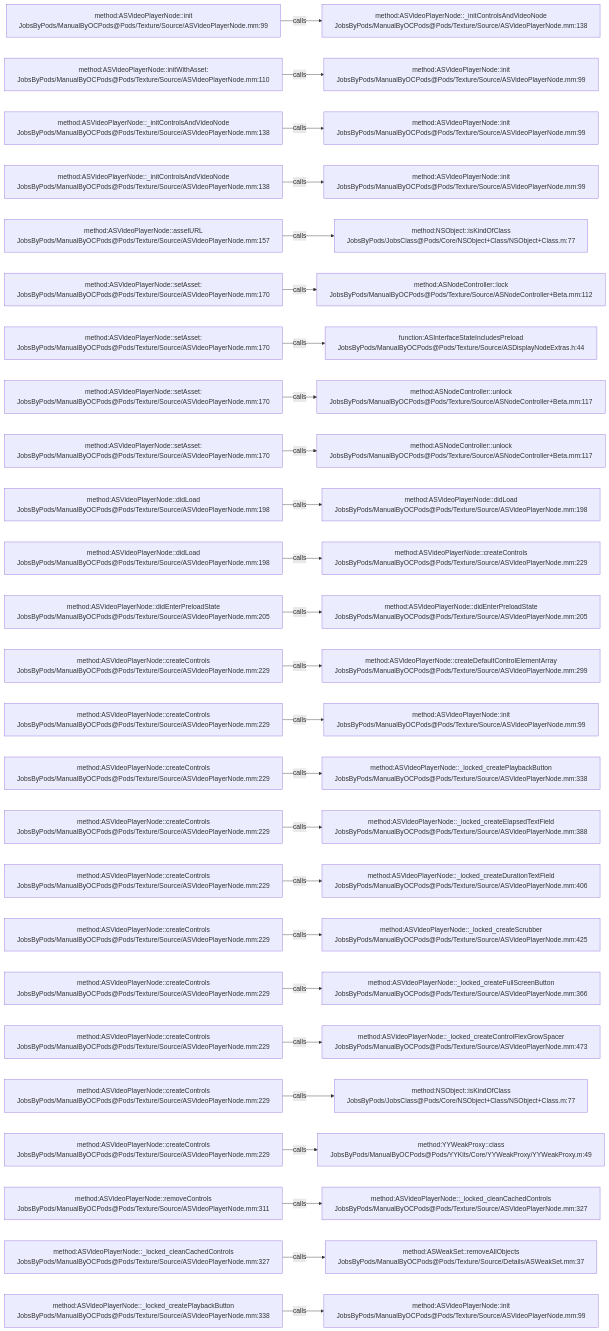
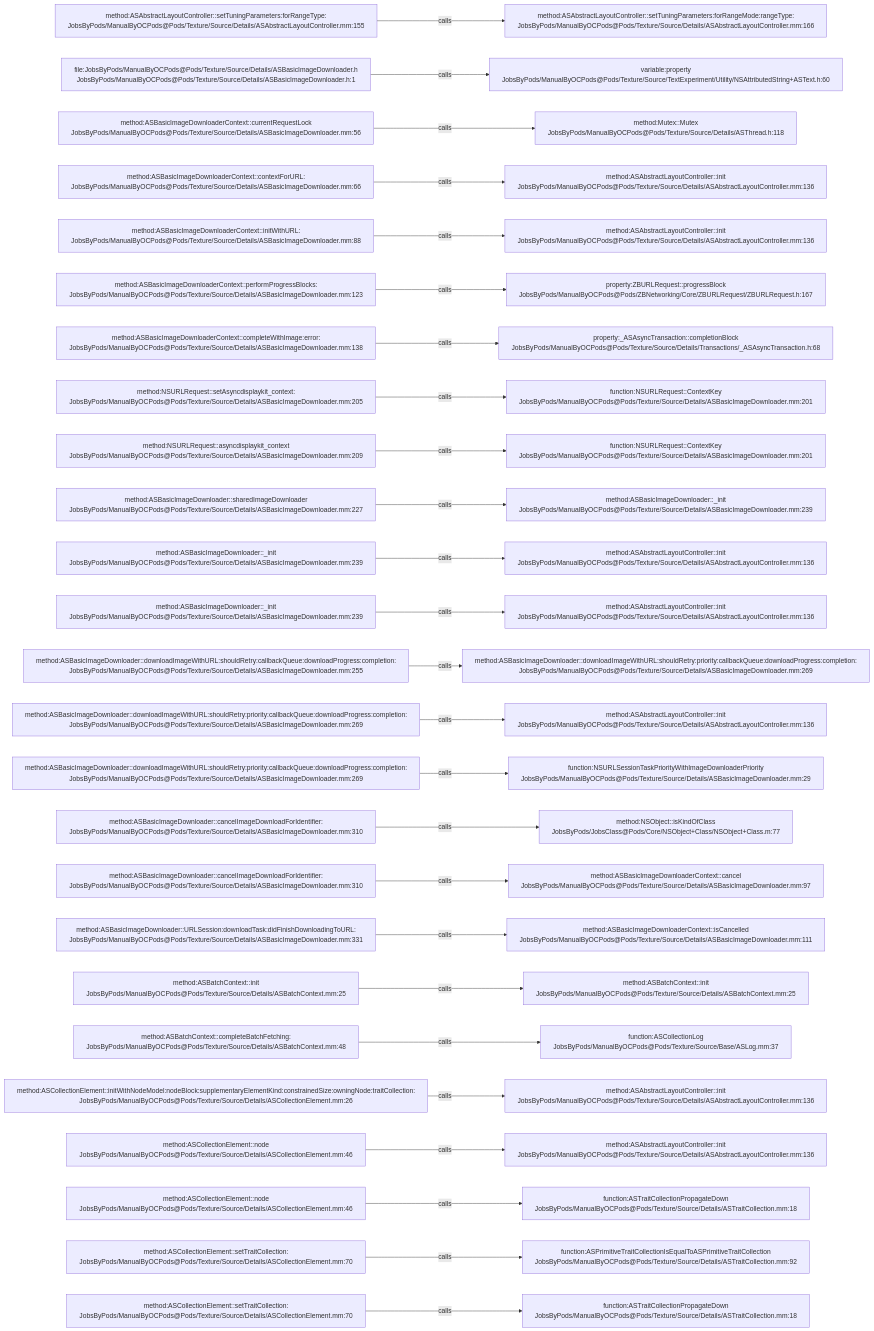
The diagram in .codegraph/codegraph.md/graphs/calls-143.md (JobsKits/JobsOCBaseConfigDemo), drawn with Mermaid before and after one commit. The commit also changed 1448 other files, not shown here.

````diff
--- a/.codegraph/codegraph.md/graphs/calls-143.md
+++ b/.codegraph/codegraph.md/graphs/calls-143.md
@@ -13,78 +13,78 @@
 ```mermaid
 flowchart LR
-  S1["method:ASVideoPlayerNode::init<br/>JobsByPods/ManualByOCPods@Pods/Texture/Source/ASVideoPlayerNode.mm:99"]
-  T1["method:ASVideoPlayerNode::_initControlsAndVideoNode<br/>JobsByPods/ManualByOCPods@Pods/Texture/Source/ASVideoPlayerNode.mm:138"]
+  S1["method:ASAbstractLayoutController::setTuningParameters:forRangeType:<br/>JobsByPods/ManualByOCPods@Pods/Texture/Source/Details/ASAbstractLayoutController.mm:155"]
+  T1["method:ASAbstractLayoutController::setTuningParameters:forRangeMode:rangeType:<br/>JobsByPods/ManualByOCPods@Pods/Texture/Source/Details/ASAbstractLayoutController.mm:166"]
   S1 -->|calls| T1
-  S2["method:ASVideoPlayerNode::initWithAsset:<br/>JobsByPods/ManualByOCPods@Pods/Texture/Source/ASVideoPlayerNode.mm:110"]
-  T2["method:ASVideoPlayerNode::init<br/>JobsByPods/ManualByOCPods@Pods/Texture/Source/ASVideoPlayerNode.mm:99"]
+  S2["file:JobsByPods/ManualByOCPods@Pods/Texture/Source/Details/ASBasicImageDownloader.h<br/>JobsByPods/ManualByOCPods@Pods/Texture/Source/Details/ASBasicImageDownloader.h:1"]
+  T2["variable:property<br/>JobsByPods/ManualByOCPods@Pods/Texture/Source/TextExperiment/Utility/NSAttributedString+ASText.h:60"]
   S2 -->|calls| T2
-  S3["method:ASVideoPlayerNode::_initControlsAndVideoNode<br/>JobsByPods/ManualByOCPods@Pods/Texture/Source/ASVideoPlayerNode.mm:138"]
-  T3["method:ASVideoPlayerNode::init<br/>JobsByPods/ManualByOCPods@Pods/Texture/Source/ASVideoPlayerNode.mm:99"]
+  S3["method:ASBasicImageDownloaderContext::currentRequestLock<br/>JobsByPods/ManualByOCPods@Pods/Texture/Source/Details/ASBasicImageDownloader.mm:56"]
+  T3["method:Mutex::Mutex<br/>JobsByPods/ManualByOCPods@Pods/Texture/Source/Details/ASThread.h:118"]
   S3 -->|calls| T3
-  S4["method:ASVideoPlayerNode::_initControlsAndVideoNode<br/>JobsByPods/ManualByOCPods@Pods/Texture/Source/ASVideoPlayerNode.mm:138"]
-  T4["method:ASVideoPlayerNode::init<br/>JobsByPods/ManualByOCPods@Pods/Texture/Source/ASVideoPlayerNode.mm:99"]
+  S4["method:ASBasicImageDownloaderContext::contextForURL:<br/>JobsByPods/ManualByOCPods@Pods/Texture/Source/Details/ASBasicImageDownloader.mm:66"]
+  T4["method:ASAbstractLayoutController::init<br/>JobsByPods/ManualByOCPods@Pods/Texture/Source/Details/ASAbstractLayoutController.mm:136"]
   S4 -->|calls| T4
-  S5["method:ASVideoPlayerNode::assetURL<br/>JobsByPods/ManualByOCPods@Pods/Texture/Source/ASVideoPlayerNode.mm:157"]
-  T5["method:NSObject::isKindOfClass<br/>JobsByPods/JobsClass@Pods/Core/NSObject+Class/NSObject+Class.m:77"]
+  S5["method:ASBasicImageDownloaderContext::initWithURL:<br/>JobsByPods/ManualByOCPods@Pods/Texture/Source/Details/ASBasicImageDownloader.mm:88"]
+  T5["method:ASAbstractLayoutController::init<br/>JobsByPods/ManualByOCPods@Pods/Texture/Source/Details/ASAbstractLayoutController.mm:136"]
   S5 -->|calls| T5
-  S6["method:ASVideoPlayerNode::setAsset:<br/>JobsByPods/ManualByOCPods@Pods/Texture/Source/ASVideoPlayerNode.mm:170"]
-  T6["method:ASNodeController::lock<br/>JobsByPods/ManualByOCPods@Pods/Texture/Source/ASNodeController+Beta.mm:112"]
+  S6["method:ASBasicImageDownloaderContext::performProgressBlocks:<br/>JobsByPods/ManualByOCPods@Pods/Texture/Source/Details/ASBasicImageDownloader.mm:123"]
+  T6["property:ZBURLRequest::progressBlock<br/>JobsByPods/ManualByOCPods@Pods/ZBNetworking/Core/ZBURLRequest/ZBURLRequest.h:167"]
   S6 -->|calls| T6
-  S7["method:ASVideoPlayerNode::setAsset:<br/>JobsByPods/ManualByOCPods@Pods/Texture/Source/ASVideoPlayerNode.mm:170"]
-  T7["function:ASInterfaceStateIncludesPreload<br/>JobsByPods/ManualByOCPods@Pods/Texture/Source/ASDisplayNodeExtras.h:44"]
+  S7["method:ASBasicImageDownloaderContext::completeWithImage:error:<br/>JobsByPods/ManualByOCPods@Pods/Texture/Source/Details/ASBasicImageDownloader.mm:138"]
+  T7["property:_ASAsyncTransaction::completionBlock<br/>JobsByPods/ManualByOCPods@Pods/Texture/Source/Details/Transactions/_ASAsyncTransaction.h:68"]
   S7 -->|calls| T7
-  S8["method:ASVideoPlayerNode::setAsset:<br/>JobsByPods/ManualByOCPods@Pods/Texture/Source/ASVideoPlayerNode.mm:170"]
-  T8["method:ASNodeController::unlock<br/>JobsByPods/ManualByOCPods@Pods/Texture/Source/ASNodeController+Beta.mm:117"]
+  S8["method:NSURLRequest::setAsyncdisplaykit_context:<br/>JobsByPods/ManualByOCPods@Pods/Texture/Source/Details/ASBasicImageDownloader.mm:205"]
+  T8["function:NSURLRequest::ContextKey<br/>JobsByPods/ManualByOCPods@Pods/Texture/Source/Details/ASBasicImageDownloader.mm:201"]
   S8 -->|calls| T8
-  S9["method:ASVideoPlayerNode::setAsset:<br/>JobsByPods/ManualByOCPods@Pods/Texture/Source/ASVideoPlayerNode.mm:170"]
-  T9["method:ASNodeController::unlock<br/>JobsByPods/ManualByOCPods@Pods/Texture/Source/ASNodeController+Beta.mm:117"]
+  S9["method:NSURLRequest::asyncdisplaykit_context<br/>JobsByPods/ManualByOCPods@Pods/Texture/Source/Details/ASBasicImageDownloader.mm:209"]
+  T9["function:NSURLRequest::ContextKey<br/>JobsByPods/ManualByOCPods@Pods/Texture/Source/Details/ASBasicImageDownloader.mm:201"]
   S9 -->|calls| T9
-  S10["method:ASVideoPlayerNode::didLoad<br/>JobsByPods/ManualByOCPods@Pods/Texture/Source/ASVideoPlayerNode.mm:198"]
-  T10["method:ASVideoPlayerNode::didLoad<br/>JobsByPods/ManualByOCPods@Pods/Texture/Source/ASVideoPlayerNode.mm:198"]
+  S10["method:ASBasicImageDownloader::sharedImageDownloader<br/>JobsByPods/ManualByOCPods@Pods/Texture/Source/Details/ASBasicImageDownloader.mm:227"]
+  T10["method:ASBasicImageDownloader::_init<br/>JobsByPods/ManualByOCPods@Pods/Texture/Source/Details/ASBasicImageDownloader.mm:239"]
   S10 -->|calls| T10
-  S11["method:ASVideoPlayerNode::didLoad<br/>JobsByPods/ManualByOCPods@Pods/Texture/Source/ASVideoPlayerNode.mm:198"]
-  T11["method:ASVideoPlayerNode::createControls<br/>JobsByPods/ManualByOCPods@Pods/Texture/Source/ASVideoPlayerNode.mm:229"]
+  S11["method:ASBasicImageDownloader::_init<br/>JobsByPods/ManualByOCPods@Pods/Texture/Source/Details/ASBasicImageDownloader.mm:239"]
+  T11["method:ASAbstractLayoutController::init<br/>JobsByPods/ManualByOCPods@Pods/Texture/Source/Details/ASAbstractLayoutController.mm:136"]
   S11 -->|calls| T11
-  S12["method:ASVideoPlayerNode::didEnterPreloadState<br/>JobsByPods/ManualByOCPods@Pods/Texture/Source/ASVideoPlayerNode.mm:205"]
-  T12["method:ASVideoPlayerNode::didEnterPreloadState<br/>JobsByPods/ManualByOCPods@Pods/Texture/Source/ASVideoPlayerNode.mm:205"]
+  S12["method:ASBasicImageDownloader::_init<br/>JobsByPods/ManualByOCPods@Pods/Texture/Source/Details/ASBasicImageDownloader.mm:239"]
+  T12["method:ASAbstractLayoutController::init<br/>JobsByPods/ManualByOCPods@Pods/Texture/Source/Details/ASAbstractLayoutController.mm:136"]
   S12 -->|calls| T12
-  S13["method:ASVideoPlayerNode::createControls<br/>JobsByPods/ManualByOCPods@Pods/Texture/Source/ASVideoPlayerNode.mm:229"]
-  T13["method:ASVideoPlayerNode::createDefaultControlElementArray<br/>JobsByPods/ManualByOCPods@Pods/Texture/Source/ASVideoPlayerNode.mm:299"]
+  S13["method:ASBasicImageDownloader::downloadImageWithURL:shouldRetry:callbackQueue:downloadProgress:completion:<br/>JobsByPods/ManualByOCPods@Pods/Texture/Source/Details/ASBasicImageDownloader.mm:255"]
+  T13["method:ASBasicImageDownloader::downloadImageWithURL:shouldRetry:priority:callbackQueue:downloadProgress:completion:<br/>JobsByPods/ManualByOCPods@Pods/Texture/Source/Details/ASBasicImageDownloader.mm:269"]
   S13 -->|calls| T13
-  S14["method:ASVideoPlayerNode::createControls<br/>JobsByPods/ManualByOCPods@Pods/Texture/Source/ASVideoPlayerNode.mm:229"]
-  T14["method:ASVideoPlayerNode::init<br/>JobsByPods/ManualByOCPods@Pods/Texture/Source/ASVideoPlayerNode.mm:99"]
+  S14["method:ASBasicImageDownloader::downloadImageWithURL:shouldRetry:priority:callbackQueue:downloadProgress:completion:<br/>JobsByPods/ManualByOCPods@Pods/Texture/Source/Details/ASBasicImageDownloader.mm:269"]
+  T14["method:ASAbstractLayoutController::init<br/>JobsByPods/ManualByOCPods@Pods/Texture/Source/Details/ASAbstractLayoutController.mm:136"]
   S14 -->|calls| T14
-  S15["method:ASVideoPlayerNode::createControls<br/>JobsByPods/ManualByOCPods@Pods/Texture/Source/ASVideoPlayerNode.mm:229"]
-  T15["method:ASVideoPlayerNode::_locked_createPlaybackButton<br/>JobsByPods/ManualByOCPods@Pods/Texture/Source/ASVideoPlayerNode.mm:338"]
+  S15["method:ASBasicImageDownloader::downloadImageWithURL:shouldRetry:priority:callbackQueue:downloadProgress:completion:<br/>JobsByPods/ManualByOCPods@Pods/Texture/Source/Details/ASBasicImageDownloader.mm:269"]
+  T15["function:NSURLSessionTaskPriorityWithImageDownloaderPriority<br/>JobsByPods/ManualByOCPods@Pods/Texture/Source/Details/ASBasicImageDownloader.mm:29"]
   S15 -->|calls| T15
-  S16["method:ASVideoPlayerNode::createControls<br/>JobsByPods/ManualByOCPods@Pods/Texture/Source/ASVideoPlayerNode.mm:229"]
-  T16["method:ASVideoPlayerNode::_locked_createElapsedTextField<br/>JobsByPods/ManualByOCPods@Pods/Texture/Source/ASVideoPlayerNode.mm:388"]
+  S16["method:ASBasicImageDownloader::cancelImageDownloadForIdentifier:<br/>JobsByPods/ManualByOCPods@Pods/Texture/Source/Details/ASBasicImageDownloader.mm:310"]
+  T16["method:NSObject::isKindOfClass<br/>JobsByPods/JobsClass@Pods/Core/NSObject+Class/NSObject+Class.m:77"]
   S16 -->|calls| T16
-  S17["method:ASVideoPlayerNode::createControls<br/>JobsByPods/ManualByOCPods@Pods/Texture/Source/ASVideoPlayerNode.mm:229"]
-  T17["method:ASVideoPlayerNode::_locked_createDurationTextField<br/>JobsByPods/ManualByOCPods@Pods/Texture/Source/ASVideoPlayerNode.mm:406"]
+  S17["method:ASBasicImageDownloader::cancelImageDownloadForIdentifier:<br/>JobsByPods/ManualByOCPods@Pods/Texture/Source/Details/ASBasicImageDownloader.mm:310"]
+  T17["method:ASBasicImageDownloaderContext::cancel<br/>JobsByPods/ManualByOCPods@Pods/Texture/Source/Details/ASBasicImageDownloader.mm:97"]
   S17 -->|calls| T17
-  S18["method:ASVideoPlayerNode::createControls<br/>JobsByPods/ManualByOCPods@Pods/Texture/Source/ASVideoPlayerNode.mm:229"]
-  T18["method:ASVideoPlayerNode::_locked_createScrubber<br/>JobsByPods/ManualByOCPods@Pods/Texture/Source/ASVideoPlayerNode.mm:425"]
+  S18["method:ASBasicImageDownloader::URLSession:downloadTask:didFinishDownloadingToURL:<br/>JobsByPods/ManualByOCPods@Pods/Texture/Source/Details/ASBasicImageDownloader.mm:331"]
+  T18["method:ASBasicImageDownloaderContext::isCancelled<br/>JobsByPods/ManualByOCPods@Pods/Texture/Source/Details/ASBasicImageDownloader.mm:111"]
   S18 -->|calls| T18
-  S19["method:ASVideoPlayerNode::createControls<br/>JobsByPods/ManualByOCPods@Pods/Texture/Source/ASVideoPlayerNode.mm:229"]
-  T19["method:ASVideoPlayerNode::_locked_createFullScreenButton<br/>JobsByPods/ManualByOCPods@Pods/Texture/Source/ASVideoPlayerNode.mm:366"]
+  S19["method:ASBatchContext::init<br/>JobsByPods/ManualByOCPods@Pods/Texture/Source/Details/ASBatchContext.mm:25"]
+  T19["method:ASBatchContext::init<br/>JobsByPods/ManualByOCPods@Pods/Texture/Source/Details/ASBatchContext.mm:25"]
   S19 -->|calls| T19
-  S20["method:ASVideoPlayerNode::createControls<br/>JobsByPods/ManualByOCPods@Pods/Texture/Source/ASVideoPlayerNode.mm:229"]
-  T20["method:ASVideoPlayerNode::_locked_createControlFlexGrowSpacer<br/>JobsByPods/ManualByOCPods@Pods/Texture/Source/ASVideoPlayerNode.mm:473"]
+  S20["method:ASBatchContext::completeBatchFetching:<br/>JobsByPods/ManualByOCPods@Pods/Texture/Source/Details/ASBatchContext.mm:48"]
+  T20["function:ASCollectionLog<br/>JobsByPods/ManualByOCPods@Pods/Texture/Source/Base/ASLog.mm:37"]
   S20 -->|calls| T20
-  S21["method:ASVideoPlayerNode::createControls<br/>JobsByPods/ManualByOCPods@Pods/Texture/Source/ASVideoPlayerNode.mm:229"]
-  T21["method:NSObject::isKindOfClass<br/>JobsByPods/JobsClass@Pods/Core/NSObject+Class/NSObject+Class.m:77"]
+  S21["method:ASCollectionElement::initWithNodeModel:nodeBlock:supplementaryElementKind:constrainedSize:owningNode:traitCollection:<br/>JobsByPods/ManualByOCPods@Pods/Texture/Source/Details/ASCollectionElement.mm:26"]
+  T21["method:ASAbstractLayoutController::init<br/>JobsByPods/ManualByOCPods@Pods/Texture/Source/Details/ASAbstractLayoutController.mm:136"]
   S21 -->|calls| T21
-  S22["method:ASVideoPlayerNode::createControls<br/>JobsByPods/ManualByOCPods@Pods/Texture/Source/ASVideoPlayerNode.mm:229"]
-  T22["method:YYWeakProxy::class<br/>JobsByPods/ManualByOCPods@Pods/YYKits/Core/YYWeakProxy/YYWeakProxy.m:49"]
+  S22["method:ASCollectionElement::node<br/>JobsByPods/ManualByOCPods@Pods/Texture/Source/Details/ASCollectionElement.mm:46"]
+  T22["method:ASAbstractLayoutController::init<br/>JobsByPods/ManualByOCPods@Pods/Texture/Source/Details/ASAbstractLayoutController.mm:136"]
   S22 -->|calls| T22
-  S23["method:ASVideoPlayerNode::removeControls<br/>JobsByPods/ManualByOCPods@Pods/Texture/Source/ASVideoPlayerNode.mm:311"]
-  T23["method:ASVideoPlayerNode::_locked_cleanCachedControls<br/>JobsByPods/ManualByOCPods@Pods/Texture/Source/ASVideoPlayerNode.mm:327"]
+  S23["method:ASCollectionElement::node<br/>JobsByPods/ManualByOCPods@Pods/Texture/Source/Details/ASCollectionElement.mm:46"]
+  T23["function:ASTraitCollectionPropagateDown<br/>JobsByPods/ManualByOCPods@Pods/Texture/Source/Details/ASTraitCollection.mm:18"]
   S23 -->|calls| T23
-  S24["method:ASVideoPlayerNode::_locked_cleanCachedControls<br/>JobsByPods/ManualByOCPods@Pods/Texture/Source/ASVideoPlayerNode.mm:327"]
-  T24["method:ASWeakSet::removeAllObjects<br/>JobsByPods/ManualByOCPods@Pods/Texture/Source/Details/ASWeakSet.mm:37"]
+  S24["method:ASCollectionElement::setTraitCollection:<br/>JobsByPods/ManualByOCPods@Pods/Texture/Source/Details/ASCollectionElement.mm:70"]
+  T24["function:ASPrimitiveTraitCollectionIsEqualToASPrimitiveTraitCollection<br/>JobsByPods/ManualByOCPods@Pods/Texture/Source/Details/ASTraitCollection.mm:92"]
   S24 -->|calls| T24
-  S25["method:ASVideoPlayerNode::_locked_createPlaybackButton<br/>JobsByPods/ManualByOCPods@Pods/Texture/Source/ASVideoPlayerNode.mm:338"]
-  T25["method:ASVideoPlayerNode::init<br/>JobsByPods/ManualByOCPods@Pods/Texture/Source/ASVideoPlayerNode.mm:99"]
+  S25["method:ASCollectionElement::setTraitCollection:<br/>JobsByPods/ManualByOCPods@Pods/Texture/Source/Details/ASCollectionElement.mm:70"]
+  T25["function:ASTraitCollectionPropagateDown<br/>JobsByPods/ManualByOCPods@Pods/Texture/Source/Details/ASTraitCollection.mm:18"]
   S25 -->|calls| T25
 ```
````
